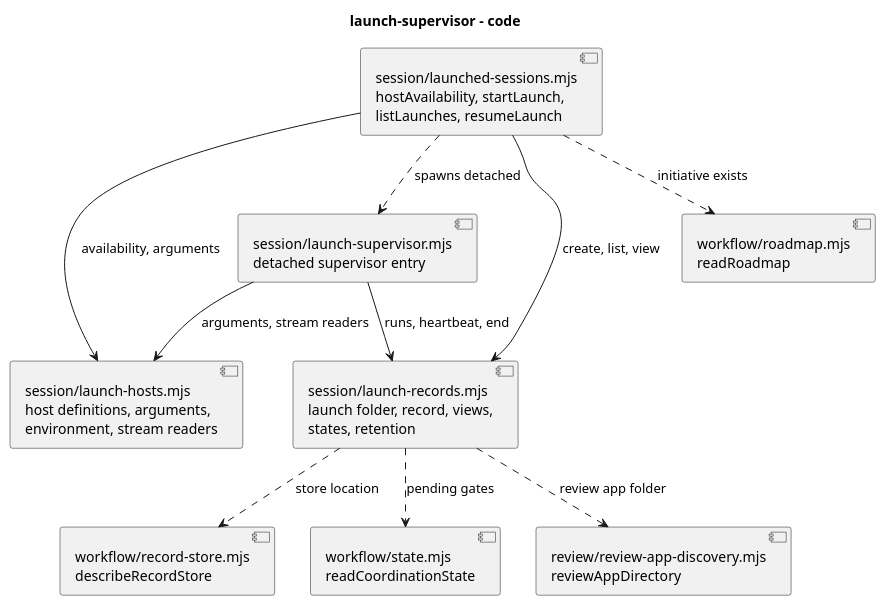
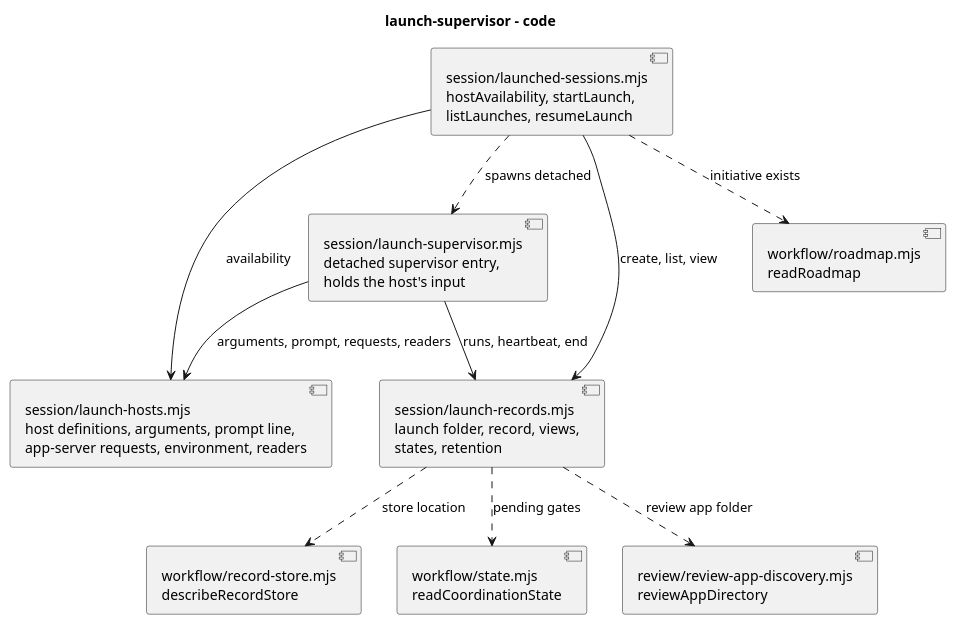
The diagram in docs/plans/launched-sessions/launch-supervisor/code.puml (RumyantsevMichael/Prism), drawn with PlantUML before and after one commit. The commit also changed 17 other files, not shown here.

```diff
--- a/docs/plans/launched-sessions/launch-supervisor/code.puml
+++ b/docs/plans/launched-sessions/launch-supervisor/code.puml
@@ -1,20 +1,20 @@
 @startuml
 title launch-supervisor - code
 component "session/launched-sessions.mjs\nhostAvailability, startLaunch,\nlistLaunches, resumeLaunch" as Api
-component "session/launch-hosts.mjs\nhost definitions, arguments,\nenvironment, stream readers" as Hosts
+component "session/launch-hosts.mjs\nhost definitions, arguments, prompt line,\napp-server requests, environment, readers" as Hosts
 component "session/launch-records.mjs\nlaunch folder, record, views,\nstates, retention" as Records
-component "session/launch-supervisor.mjs\ndetached supervisor entry" as Supervisor
+component "session/launch-supervisor.mjs\ndetached supervisor entry,\nholds the host's input" as Supervisor
 component "workflow/record-store.mjs\ndescribeRecordStore" as Store
 component "workflow/state.mjs\nreadCoordinationState" as State
 component "workflow/roadmap.mjs\nreadRoadmap" as Roadmap
 component "review/review-app-discovery.mjs\nreviewAppDirectory" as AppDir
-Api --> Hosts : availability, arguments
+Api --> Hosts : availability
 Api --> Records : create, list, view
 Api ..> Supervisor : spawns detached
-Supervisor --> Hosts : arguments, stream readers
+Supervisor --> Hosts : arguments, prompt, requests, readers
 Supervisor --> Records : runs, heartbeat, end
 Records ..> State : pending gates
 Records ..> Store : store location
 Api ..> Roadmap : initiative exists
 Records ..> AppDir : review app folder
 @enduml
```
